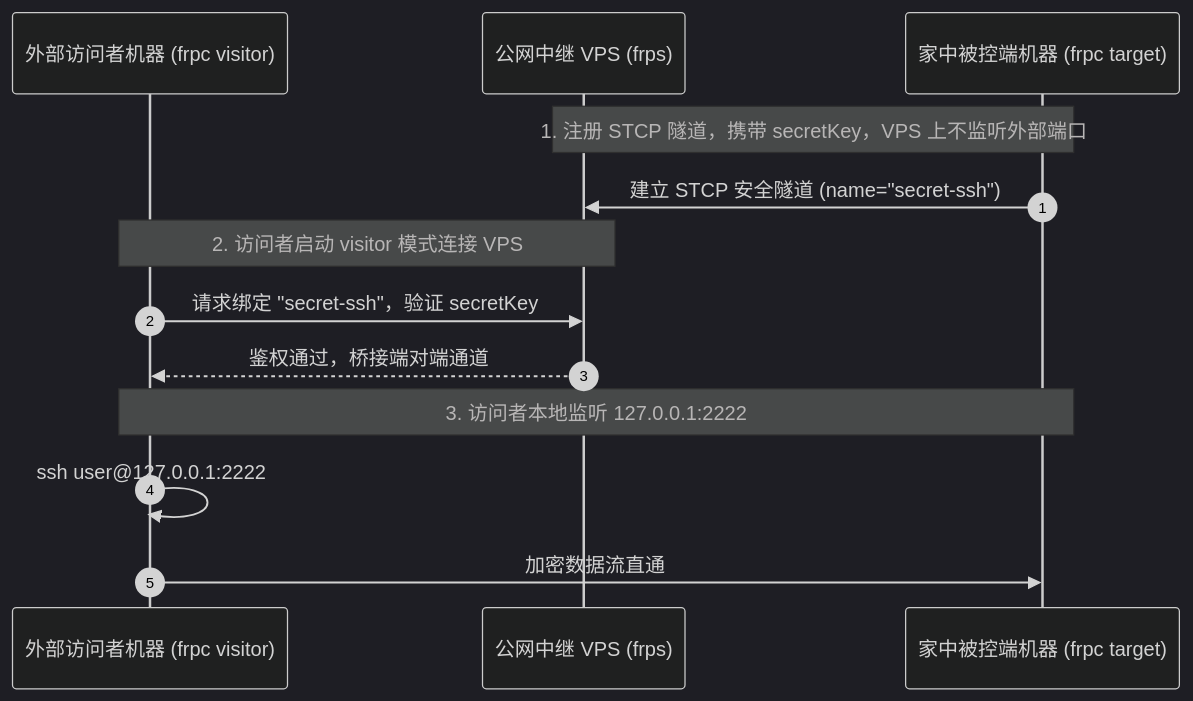
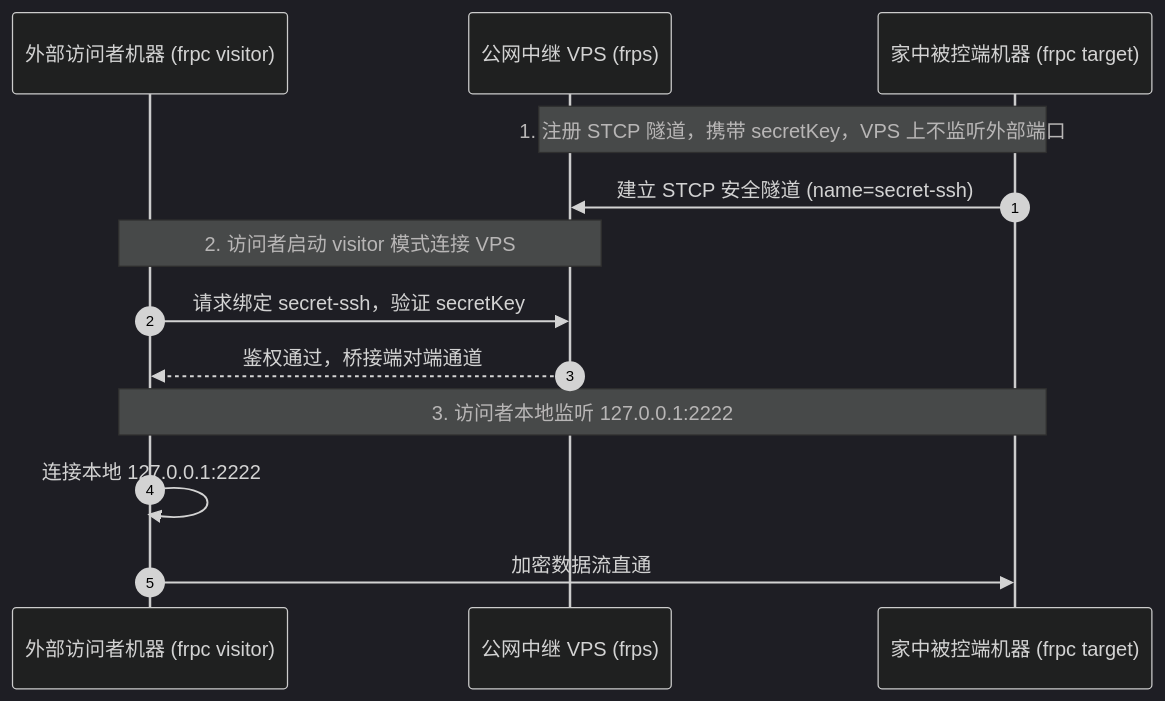
Before and after one commit to leafcxy/leafcxy.github.io: the fourth of 4 diagrams in content/posts/2026-11-04-nat-traversal-frp-guide.md, drawn with Mermaid (dark theme). The commit also changed other lines of this file and 2 other files, not shown here.

Commit message:
fix: 彻底修复三篇文章中所有 mermaid 图表的 subgraph ID 与节点引号转义问题

````diff
--- a/content/posts/2026-11-04-nat-traversal-frp-guide.md
+++ b/content/posts/2026-11-04-nat-traversal-frp-guide.md
@@ -285,18 +285,18 @@
 ```mermaid
 sequenceDiagram
     autonumber
     participant Visitor as 外部访问者机器 (frpc visitor)
     participant VPS as 公网中继 VPS (frps)
     participant Target as 家中被控端机器 (frpc target)
 
     Note over Target,VPS: 1. 注册 STCP 隧道，携带 secretKey，VPS 上不监听外部端口
-    Target->>VPS: 建立 STCP 安全隧道 (name="secret-ssh")
+    Target->>VPS: 建立 STCP 安全隧道 (name=secret-ssh)
     
     Note over Visitor,VPS: 2. 访问者启动 visitor 模式连接 VPS
-    Visitor->>VPS: 请求绑定 "secret-ssh"，验证 secretKey
+    Visitor->>VPS: 请求绑定 secret-ssh，验证 secretKey
     VPS-->>Visitor: 鉴权通过，桥接端对端通道
     
     Note over Visitor,Target: 3. 访问者本地监听 127.0.0.1:2222
-    Visitor->>Visitor: ssh user@127.0.0.1:2222
+    Visitor->>Visitor: 连接本地 127.0.0.1:2222
     Visitor->>Target: 加密数据流直通
 ```
````
